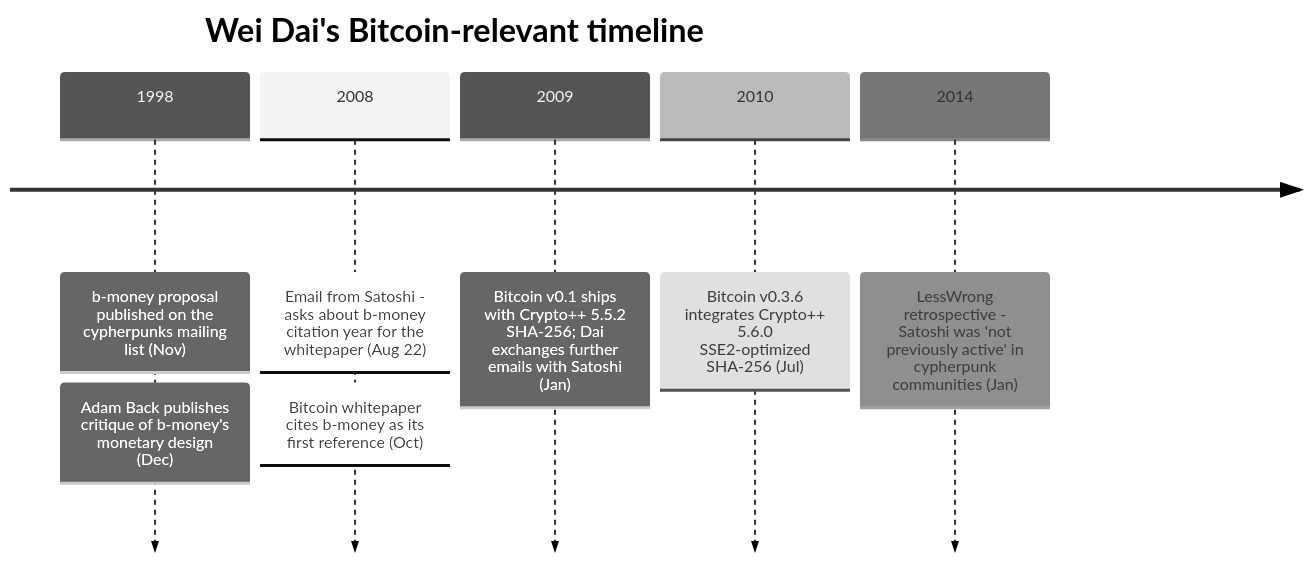
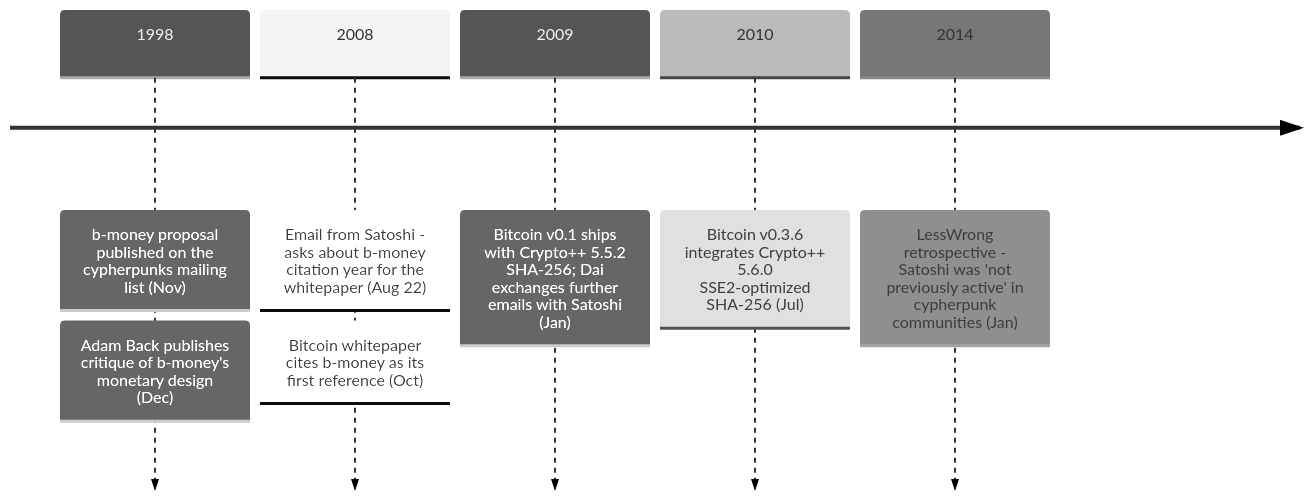
Before and after one commit to cypher256/BitcoinArchive: the diagram in src/data/entries/en/aftermath/2008-08-22-wei-dai-biography.md, drawn with Mermaid (neutral theme). The commit also changed other lines of this file and 50 other files, not shown here.

````diff
--- a/src/data/entries/en/aftermath/2008-08-22-wei-dai-biography.md
+++ b/src/data/entries/en/aftermath/2008-08-22-wei-dai-biography.md
@@ -52,11 +54,10 @@
 ```mermaid
 timeline
-    title Wei Dai's Bitcoin-relevant timeline
     1998 : b-money proposal published on the cypherpunks mailing list (Nov)
          : Adam Back publishes critique of b-money's monetary design (Dec)
     2008 : Email from Satoshi - asks about b-money citation year for the whitepaper (Aug 22)
          : Bitcoin whitepaper cites b-money as its first reference (Oct)
     2009 : Bitcoin v0.1 ships with Crypto++ 5.5.2 SHA-256; Dai exchanges further emails with Satoshi (Jan)
     2010 : Bitcoin v0.3.6 integrates Crypto++ 5.6.0 SSE2-optimized SHA-256 (Jul)
     2014 : LessWrong retrospective - Satoshi was 'not previously active' in cypherpunk communities (Jan)
 ```
````
